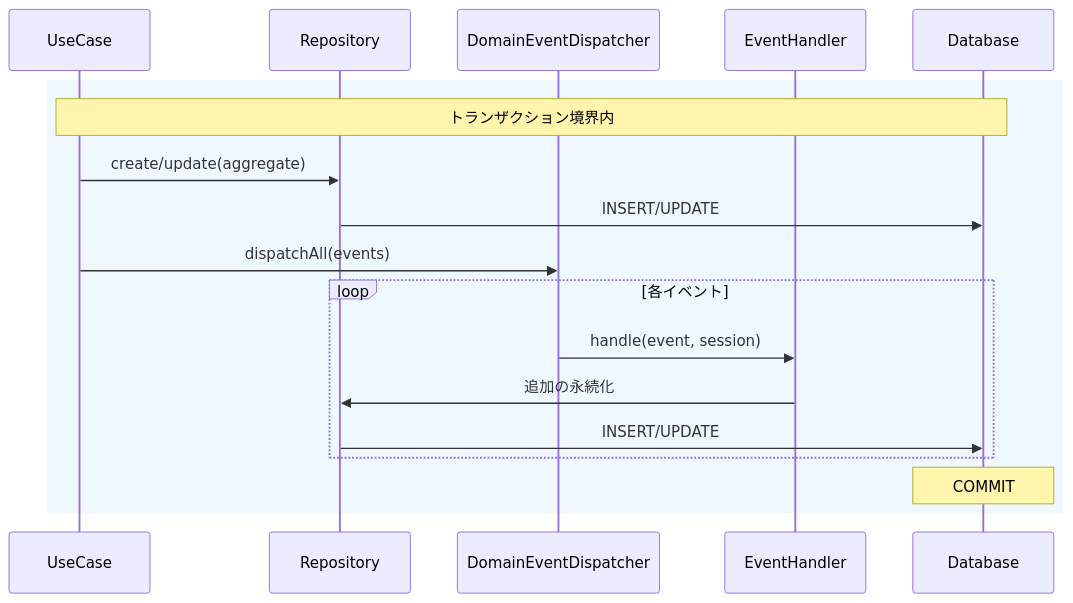
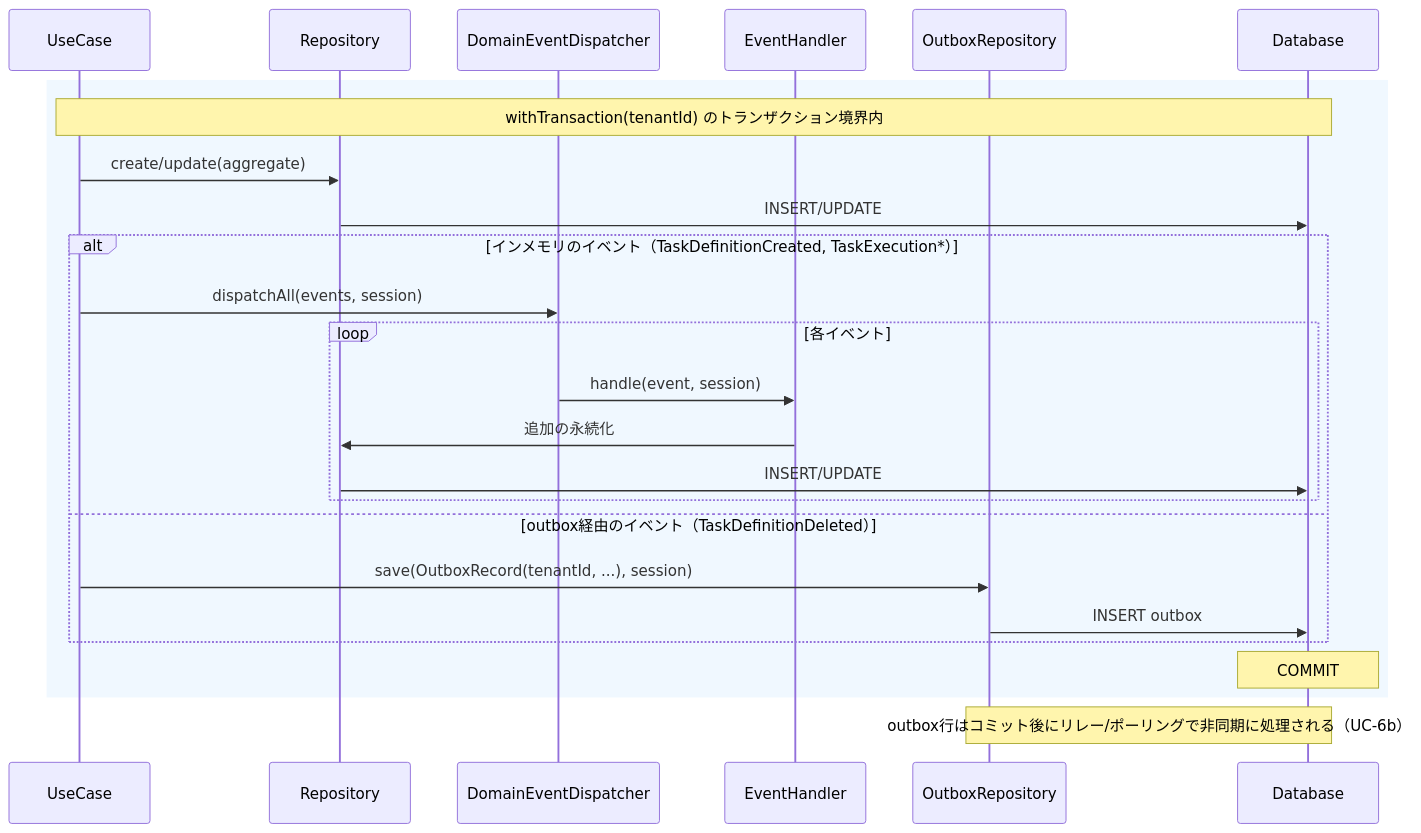
Before and after one commit to kotetsu1225/housework: diagram 13 of 13 in doc/sequence-diagram.md, drawn with Mermaid. The commit also changed other lines of this file and 3 other files, not shown here.

First line of the commit message:
docs: #68 最終確認(シーケンス図・ディレクトリ構成を実装に合わせ、README の古い API 例を修正)

````diff
--- a/doc/sequence-diagram.md
+++ b/doc/sequence-diagram.md
@@ -401,25 +682,33 @@
 ```mermaid
 sequenceDiagram
     participant UC as UseCase
     participant Repo as Repository
     participant Disp as DomainEventDispatcher
     participant Handler as EventHandler
+    participant Outbox as OutboxRepository
     participant DB as Database
 
     rect rgb(240, 248, 255)
-        note over UC, DB: トランザクション境界内
+        note over UC, DB: withTransaction(tenantId) のトランザクション境界内
 
         UC->>Repo: create/update(aggregate)
         Repo->>DB: INSERT/UPDATE
 
-        UC->>Disp: dispatchAll(events)
+        alt インメモリのイベント（TaskDefinitionCreated, TaskExecution*）
+            UC->>Disp: dispatchAll(events, session)
 
-        loop 各イベント
-            Disp->>Handler: handle(event, session)
-            Handler->>Repo: 追加の永続化
-            Repo->>DB: INSERT/UPDATE
+            loop 各イベント
+                Disp->>Handler: handle(event, session)
+                Handler->>Repo: 追加の永続化
+                Repo->>DB: INSERT/UPDATE
+            end
+        else outbox経由のイベント（TaskDefinitionDeleted）
+            UC->>Outbox: save(OutboxRecord(tenantId, ...), session)
+            Outbox->>DB: INSERT outbox
         end
 
         note over DB: COMMIT
     end
+
+    note over Outbox, DB: outbox行はコミット後にリレー/ポーリングで非同期に処理される（UC-6b）
 ```
````
